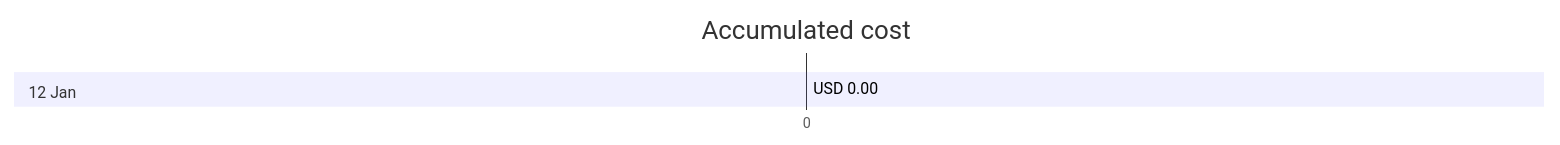
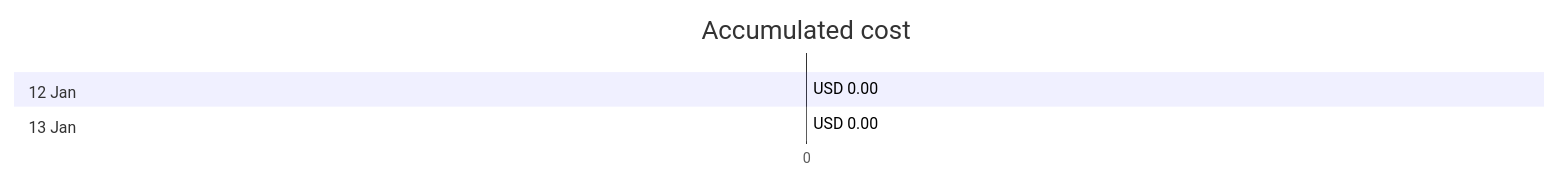
Before and after one commit to jpfulton/azure-personal-reports: the first of 4 diagrams in cost-reports/azureapp-auto-alerts-873533-jpatrick_fulton_gmail_com/README.md, drawn with Mermaid. The commit also changed other lines of this file and 1 other file, not shown here.

````diff
--- a/cost-reports/azureapp-auto-alerts-873533-jpatrick_fulton_gmail_com/README.md
+++ b/cost-reports/azureapp-auto-alerts-873533-jpatrick_fulton_gmail_com/README.md
@@ -20,8 +20,10 @@
 ```mermaid
 gantt
    title Accumulated cost
    dateFormat  X
    axisFormat %s
    section 12 Jan
    USD 0.00 :0, 0
+   section 13 Jan
+   USD 0.00 :0, 0
 ```
````
